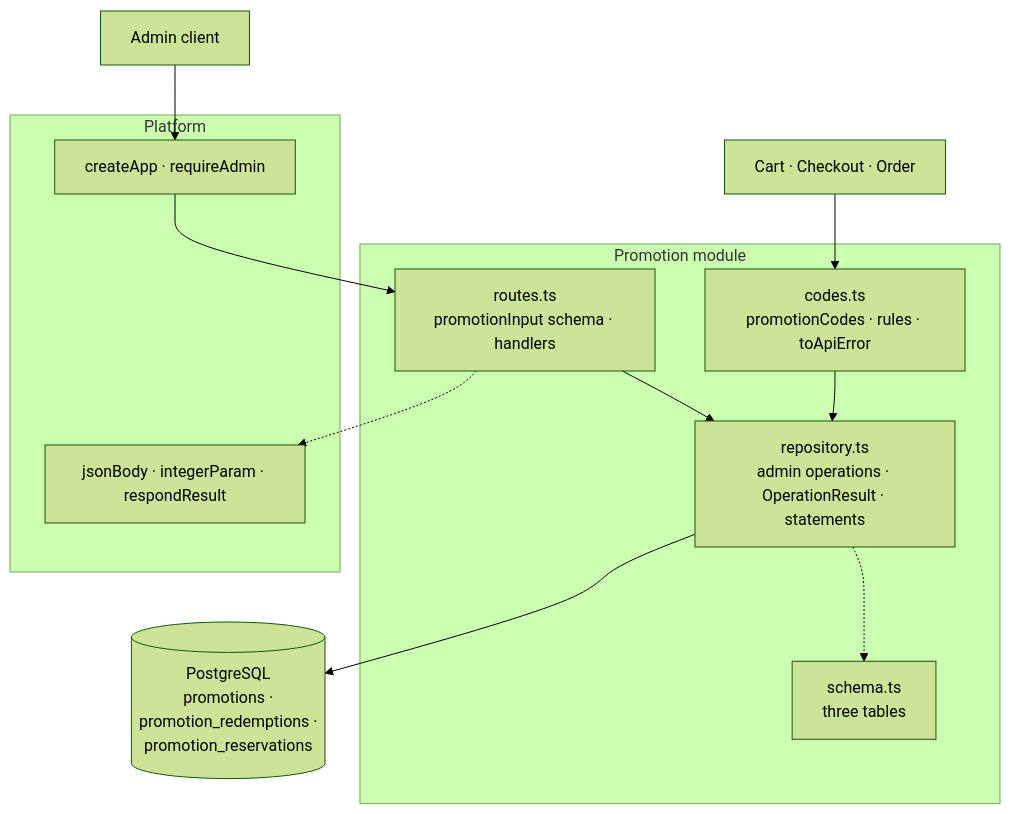
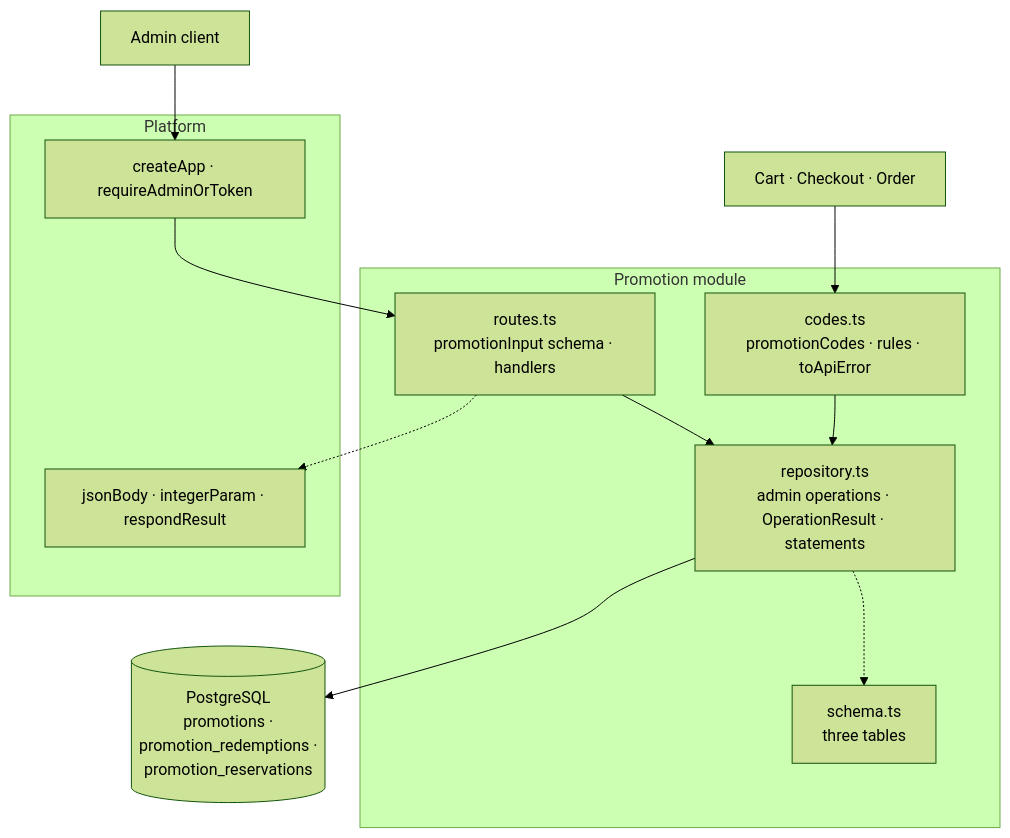
The diagram in docs/dev/backend/packages/promotion-package.md (bitstorm-tech/voenix-shop-kotlin), drawn with Mermaid (forest theme) before and after one commit. The commit also changed 19 other files, not shown here.

First line of the commit message:
Serve an MCP endpoint over the admin routes a token may call

````diff
--- a/docs/dev/backend/packages/promotion-package.md
+++ b/docs/dev/backend/packages/promotion-package.md
@@ -38,26 +38,26 @@
 ```mermaid
 flowchart TB
     Client["Admin client"]
     Consumer["Cart · Checkout · Order"]
 
     subgraph Platform["Platform"]
-        App["createApp · requireAdmin"]
+        App["createApp · requireAdminOrToken"]
         Respond["jsonBody · integerParam · respondResult"]
     end
 
     subgraph Promotion["Promotion module"]
         Routes["routes.ts<br/>promotionInput schema · handlers"]
         Codes["codes.ts<br/>promotionCodes · rules · toApiError"]
         Repository["repository.ts<br/>admin operations · OperationResult · statements"]
         Schema["schema.ts<br/>three tables"]
     end
 
     Database[("PostgreSQL<br/>promotions ·<br/>promotion_redemptions ·<br/>promotion_reservations")]
 
     Client --> App --> Routes
     Routes -.-> Respond
     Routes --> Repository
     Consumer --> Codes --> Repository
     Repository --> Database
     Repository -.-> Schema
 ```
````
